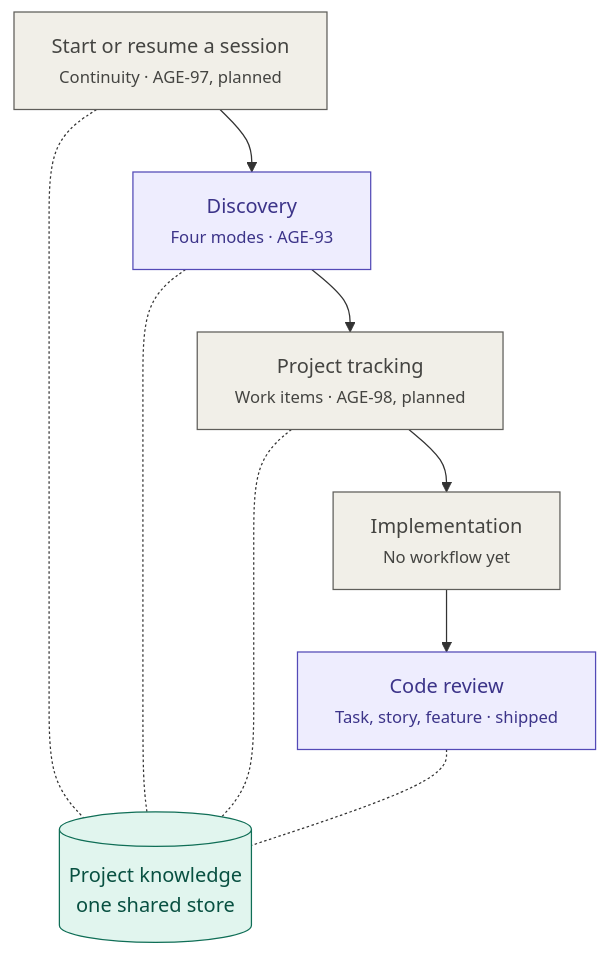
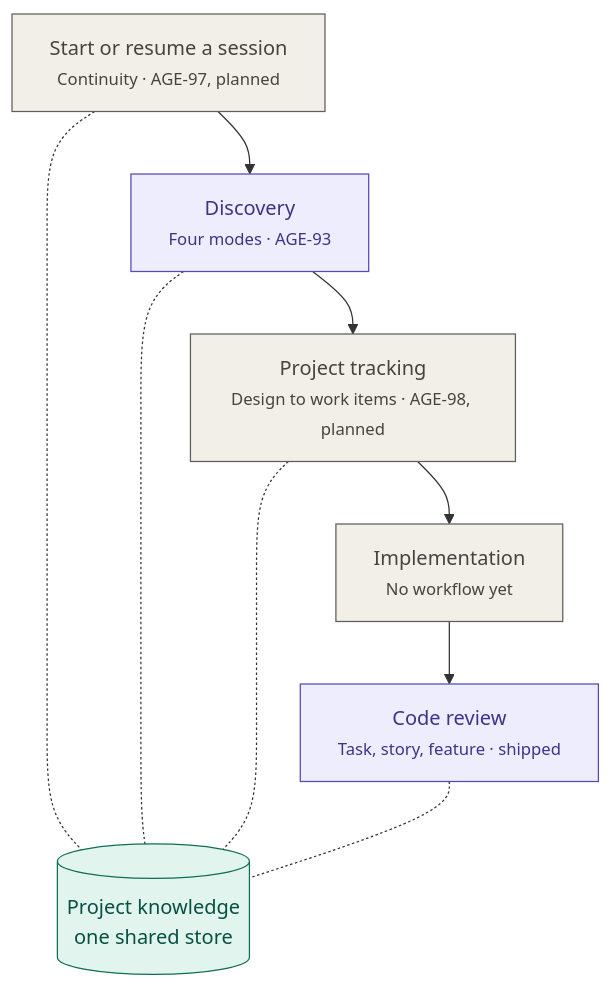
Before and after one commit to Monolith-INC/unified-plugin-framework: the first of 5 diagrams in docs/user-journey.md, drawn with Mermaid. The commit also changed other lines of this file, not shown here.

First line of the commit message:
AGE-93: map the path from Discovery to work items in the user journey

````diff
--- a/docs/user-journey.md
+++ b/docs/user-journey.md
@@ -9,22 +9,22 @@
 ```mermaid
 flowchart TD
     C["Start or resume a session<br/><small>Continuity · AGE-97, planned</small>"]
     D["Discovery<br/><small>Four modes · AGE-93</small>"]
-    T["Project tracking<br/><small>Work items · AGE-98, planned</small>"]
+    T["Project tracking<br/><small>Design to work items · AGE-98, planned</small>"]
     I["Implementation<br/><small>No workflow yet</small>"]
     R["Code review<br/><small>Task, story, feature · shipped</small>"]
     K[("Project knowledge<br/>one shared store")]
 
     C --> D --> T --> I --> R
     C -.- K
     D -.- K
     T -.- K
     R -.- K
 
     classDef built fill:#EEEDFE,stroke:#534AB7,color:#3C3489
     classDef planned fill:#F1EFE8,stroke:#5F5E5A,color:#444441
     classDef store fill:#E1F5EE,stroke:#0F6E56,color:#085041
     class D,R built
     class C,T,I planned
     class K store
 ```
````
